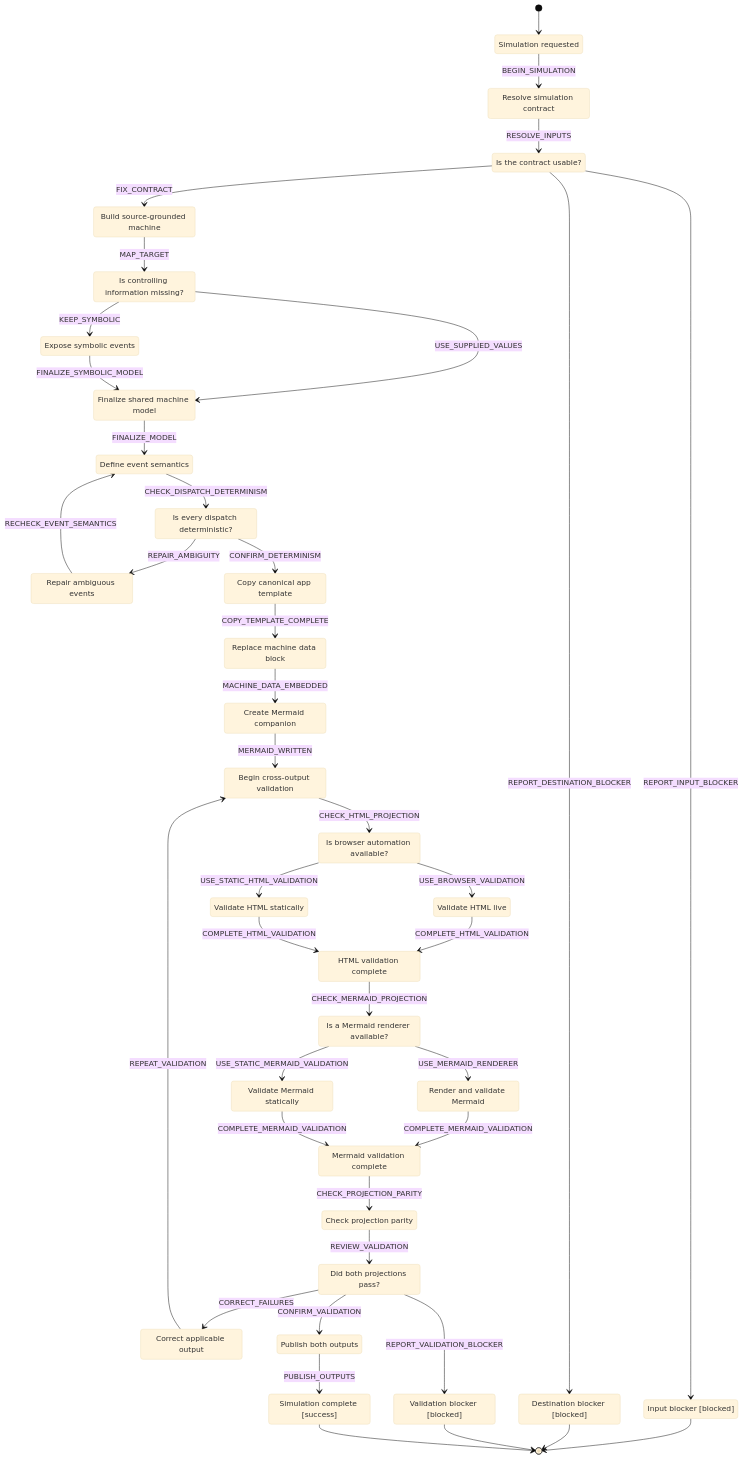
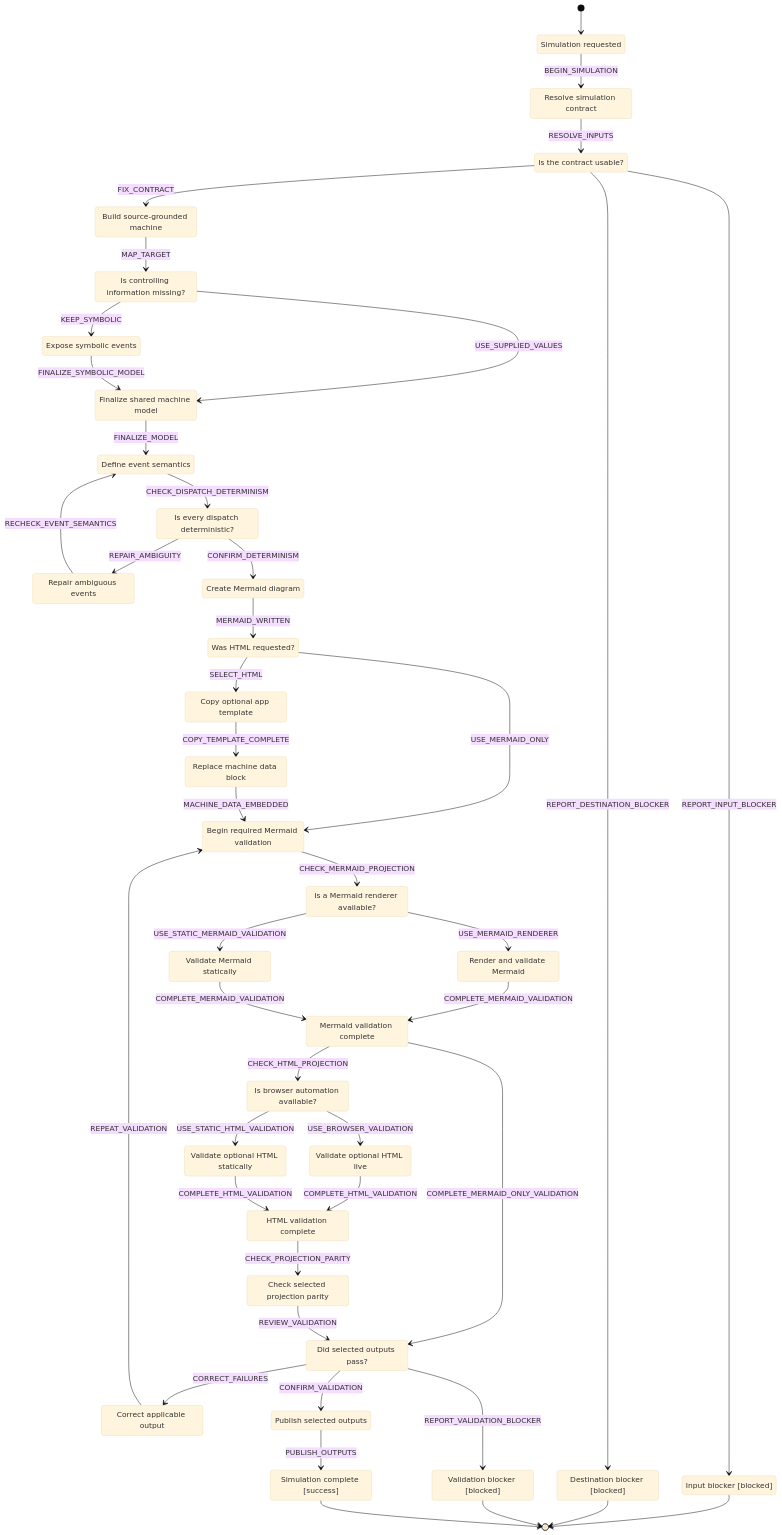
Before and after one commit to andrueandersoncs/skills: the diagram in state-machine-simulation/references/state-machine-simulation.mmd, drawn with Mermaid (base theme). The commit also changed 5 other files, not shown here.

Commit message:
Make Mermaid the default state machine output

```diff
--- a/state-machine-simulation/references/state-machine-simulation.mmd
+++ b/state-machine-simulation/references/state-machine-simulation.mmd
@@ -1,71 +1,75 @@
 stateDiagram-v2
     state "Simulation requested" as s_request
     state "Resolve simulation contract" as s_resolve_contract
     state "Is the contract usable?" as s_contract_check
     state "Input blocker [blocked]" as s_input_blocker
     state "Destination blocker [blocked]" as s_destination_blocker
     state "Build source-grounded machine" as s_build_model
     state "Is controlling information missing?" as s_missing_info
     state "Expose symbolic events" as s_symbolize
     state "Finalize shared machine model" as s_model_ready
     state "Define event semantics" as s_define_events
     state "Is every dispatch deterministic?" as s_dispatch_check
     state "Repair ambiguous events" as s_repair_events
-    state "Copy canonical app template" as s_copy_template
+    state "Create Mermaid diagram" as s_create_mermaid
+    state "Was HTML requested?" as s_output_choice
+    state "Copy optional app template" as s_copy_template
     state "Replace machine data block" as s_replace_data
-    state "Create Mermaid companion" as s_render_mermaid
-    state "Begin cross-output validation" as s_validate_model
-    state "Is browser automation available?" as s_browser_check
-    state "Validate HTML live" as s_validate_html_live
-    state "Validate HTML statically" as s_validate_html_static
-    state "HTML validation complete" as s_html_ready
+    state "Begin required Mermaid validation" as s_validate_model
     state "Is a Mermaid renderer available?" as s_mermaid_check
     state "Render and validate Mermaid" as s_validate_mermaid_render
     state "Validate Mermaid statically" as s_validate_mermaid_static
     state "Mermaid validation complete" as s_mermaid_ready
-    state "Check projection parity" as s_parity_check
-    state "Did both projections pass?" as s_validation_check
+    state "Is browser automation available?" as s_browser_check
+    state "Validate optional HTML live" as s_validate_html_live
+    state "Validate optional HTML statically" as s_validate_html_static
+    state "HTML validation complete" as s_html_ready
+    state "Check selected projection parity" as s_parity_check
+    state "Did selected outputs pass?" as s_validation_check
     state "Correct applicable output" as s_correct_outputs
     state "Validation blocker [blocked]" as s_validation_blocker
-    state "Publish both outputs" as s_publish
+    state "Publish selected outputs" as s_publish
     state "Simulation complete [success]" as s_complete
 
     [*] --> s_request
     s_request --> s_resolve_contract : BEGIN_SIMULATION
     s_resolve_contract --> s_contract_check : RESOLVE_INPUTS
     s_contract_check --> s_input_blocker : REPORT_INPUT_BLOCKER
     s_contract_check --> s_destination_blocker : REPORT_DESTINATION_BLOCKER
     s_contract_check --> s_build_model : FIX_CONTRACT
     s_build_model --> s_missing_info : MAP_TARGET
     s_missing_info --> s_symbolize : KEEP_SYMBOLIC
     s_missing_info --> s_model_ready : USE_SUPPLIED_VALUES
     s_symbolize --> s_model_ready : FINALIZE_SYMBOLIC_MODEL
     s_model_ready --> s_define_events : FINALIZE_MODEL
     s_define_events --> s_dispatch_check : CHECK_DISPATCH_DETERMINISM
     s_dispatch_check --> s_repair_events : REPAIR_AMBIGUITY
-    s_dispatch_check --> s_copy_template : CONFIRM_DETERMINISM
+    s_dispatch_check --> s_create_mermaid : CONFIRM_DETERMINISM
     s_repair_events --> s_define_events : RECHECK_EVENT_SEMANTICS
+    s_create_mermaid --> s_output_choice : MERMAID_WRITTEN
+    s_output_choice --> s_validate_model : USE_MERMAID_ONLY
+    s_output_choice --> s_copy_template : SELECT_HTML
     s_copy_template --> s_replace_data : COPY_TEMPLATE_COMPLETE
-    s_replace_data --> s_render_mermaid : MACHINE_DATA_EMBEDDED
-    s_render_mermaid --> s_validate_model : MERMAID_WRITTEN
-    s_validate_model --> s_browser_check : CHECK_HTML_PROJECTION
+    s_replace_data --> s_validate_model : MACHINE_DATA_EMBEDDED
+    s_validate_model --> s_mermaid_check : CHECK_MERMAID_PROJECTION
+    s_mermaid_check --> s_validate_mermaid_render : USE_MERMAID_RENDERER
+    s_mermaid_check --> s_validate_mermaid_static : USE_STATIC_MERMAID_VALIDATION
+    s_validate_mermaid_render --> s_mermaid_ready : COMPLETE_MERMAID_VALIDATION
+    s_validate_mermaid_static --> s_mermaid_ready : COMPLETE_MERMAID_VALIDATION
+    s_mermaid_ready --> s_validation_check : COMPLETE_MERMAID_ONLY_VALIDATION
+    s_mermaid_ready --> s_browser_check : CHECK_HTML_PROJECTION
     s_browser_check --> s_validate_html_live : USE_BROWSER_VALIDATION
     s_browser_check --> s_validate_html_static : USE_STATIC_HTML_VALIDATION
     s_validate_html_live --> s_html_ready : COMPLETE_HTML_VALIDATION
     s_validate_html_static --> s_html_ready : COMPLETE_HTML_VALIDATION
-    s_html_ready --> s_mermaid_check : CHECK_MERMAID_PROJECTION
-    s_mermaid_check --> s_validate_mermaid_render : USE_MERMAID_RENDERER
-    s_mermaid_check --> s_validate_mermaid_static : USE_STATIC_MERMAID_VALIDATION
-    s_validate_mermaid_render --> s_mermaid_ready : COMPLETE_MERMAID_VALIDATION
-    s_validate_mermaid_static --> s_mermaid_ready : COMPLETE_MERMAID_VALIDATION
-    s_mermaid_ready --> s_parity_check : CHECK_PROJECTION_PARITY
+    s_html_ready --> s_parity_check : CHECK_PROJECTION_PARITY
     s_parity_check --> s_validation_check : REVIEW_VALIDATION
     s_validation_check --> s_correct_outputs : CORRECT_FAILURES
     s_validation_check --> s_validation_blocker : REPORT_VALIDATION_BLOCKER
     s_validation_check --> s_publish : CONFIRM_VALIDATION
     s_correct_outputs --> s_validate_model : REPEAT_VALIDATION
     s_publish --> s_complete : PUBLISH_OUTPUTS
     s_input_blocker --> [*]
     s_destination_blocker --> [*]
     s_validation_blocker --> [*]
     s_complete --> [*]
```
